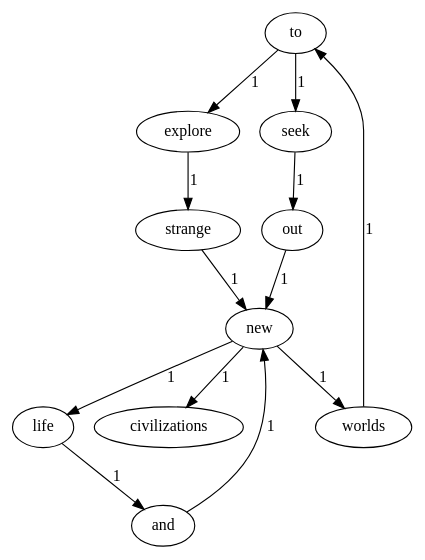
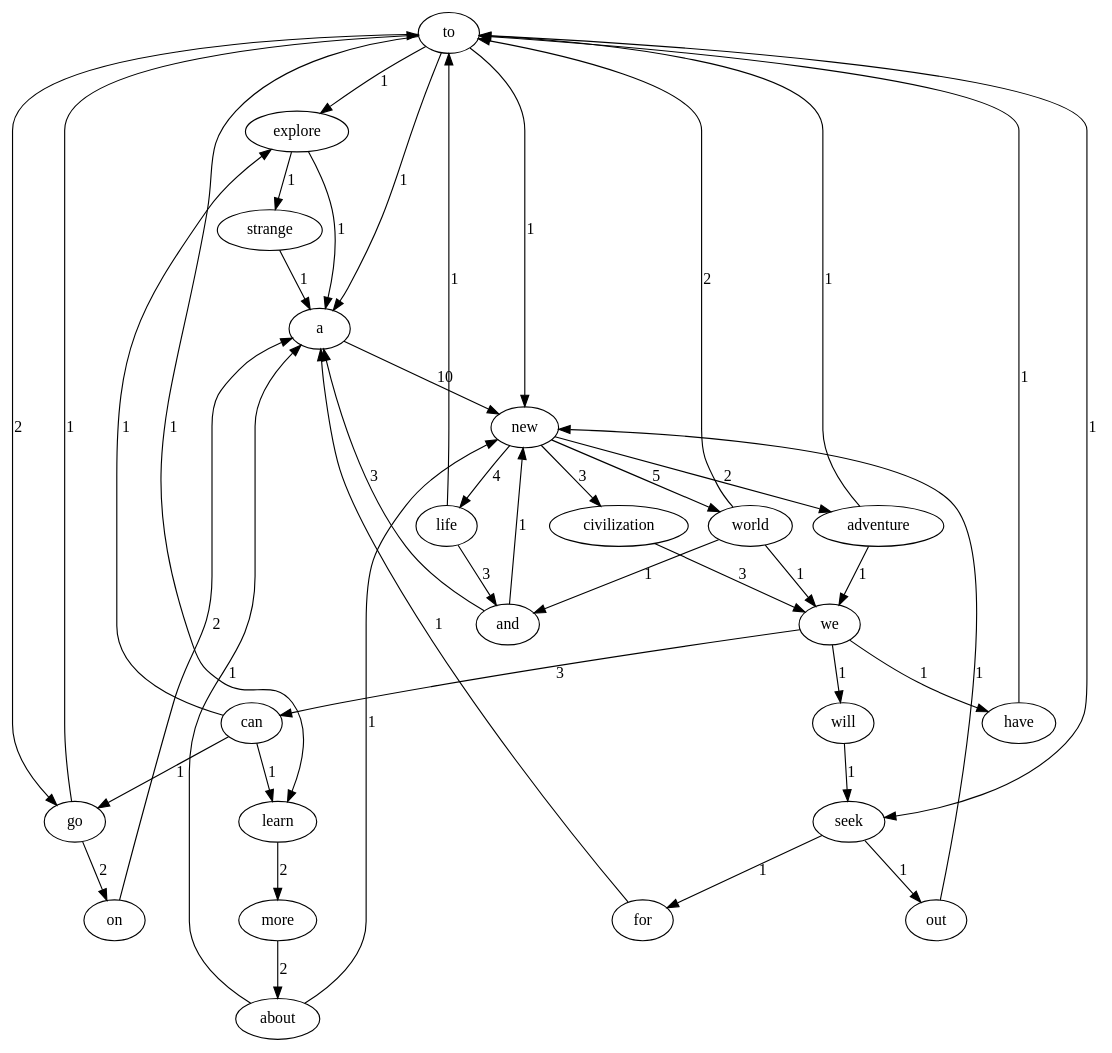
Before and after one commit to uprightderran/myGUI4lab1: the diagram in bin/file/Graph.dot, drawn with Graphviz. The commit also changed 24 other files, not shown here.

```diff
--- a/bin/file/Graph.dot
+++ b/bin/file/Graph.dot
@@ -1,24 +1,67 @@
 digraph TextGraph {
 to;
 explore;
 strange;
+a;
 new;
-worlds;
+world;
+and;
+life;
+civilization;
+we;
+can;
+go;
+on;
+adventure;
 seek;
 out;
-life;
-and;
-civilizations;
+learn;
+more;
+about;
+have;
+will;
+for;
 to -> explore [label = 1];
 explore -> strange [label = 1];
-strange -> new [label = 1];
-new -> worlds [label = 1];
-worlds -> to [label = 1];
-new -> life [label = 1];
-life -> and [label = 1];
+strange -> a [label = 1];
+a -> new [label = 10];
+new -> world [label = 5];
+world -> and [label = 1];
+and -> a [label = 3];
 and -> new [label = 1];
-new -> civilizations [label = 1];
-to -> seek [label = 1];
+world -> to [label = 2];
+world -> we [label = 1];
+we -> can [label = 3];
+can -> go [label = 1];
+go -> on [label = 2];
+on -> a [label = 2];
+go -> to [label = 1];
+can -> learn [label = 1];
+learn -> more [label = 2];
+more -> about [label = 2];
+about -> a [label = 1];
+about -> new [label = 1];
+can -> explore [label = 1];
+we -> have [label = 1];
+have -> to [label = 1];
+we -> will [label = 1];
+will -> seek [label = 1];
 seek -> out [label = 1];
 out -> new [label = 1];
+seek -> for [label = 1];
+for -> a [label = 1];
+new -> life [label = 4];
+life -> and [label = 3];
+life -> to [label = 1];
+new -> civilization [label = 3];
+civilization -> we [label = 3];
+new -> adventure [label = 2];
+adventure -> to [label = 1];
+adventure -> we [label = 1];
+explore -> a [label = 1];
+to -> seek [label = 1];
+to -> go [label = 2];
+to -> a [label = 1];
+to -> learn [label = 1];
+to -> new [label = 1];
 }
```
